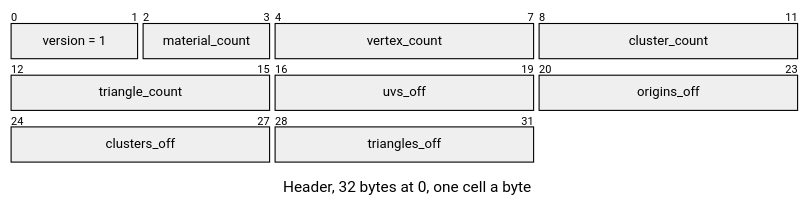
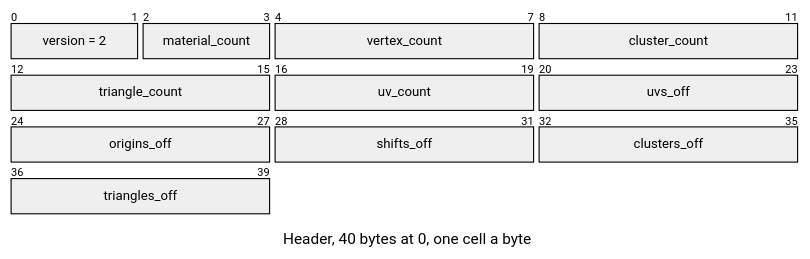
The diagram in docs/assets/formats/LUVS.md (jose-villegas/autana), drawn with Mermaid before and after one commit. The commit also changed other lines of this file and 7 other files, not shown here.

Commit message:
render: LUVS v2, up to two charts a cluster: a triangle off chart 0's material or plane draws on chart 1, its UVs after the vertices' for the clusters that have one; Bistro's textured area 66.0% -> 82.2% on host (k99g M1)

````diff
--- a/docs/assets/formats/LUVS.md
+++ b/docs/assets/formats/LUVS.md
@@ -15,20 +15,22 @@
 ```mermaid
 ---
 config:
-  themeCSS: "g:nth-of-type(2) rect:nth-of-type(1) { fill: #8fb3ee !important; } g:nth-of-type(2) rect:nth-of-type(2) { fill: #93d6b0 !important; } g:nth-of-type(2) rect:nth-of-type(3) { fill: #93d6b0 !important; } g:nth-of-type(2) rect:nth-of-type(4) { fill: #93d6b0 !important; } g:nth-of-type(3) rect:nth-of-type(1) { fill: #93d6b0 !important; } g:nth-of-type(3) rect:nth-of-type(2) { fill: #f4a885 !important; } g:nth-of-type(3) rect:nth-of-type(3) { fill: #f4a885 !important; } g:nth-of-type(4) rect:nth-of-type(1) { fill: #f4a885 !important; } g:nth-of-type(4) rect:nth-of-type(2) { fill: #f4a885 !important; } .packetLabel { fill: #1b1b1b !important; }"
+  themeCSS: "g:nth-of-type(2) rect:nth-of-type(1) { fill: #8fb3ee !important; } g:nth-of-type(2) rect:nth-of-type(2) { fill: #93d6b0 !important; } g:nth-of-type(2) rect:nth-of-type(3) { fill: #93d6b0 !important; } g:nth-of-type(2) rect:nth-of-type(4) { fill: #93d6b0 !important; } g:nth-of-type(3) rect:nth-of-type(1) { fill: #93d6b0 !important; } g:nth-of-type(3) rect:nth-of-type(2) { fill: #93d6b0 !important; } g:nth-of-type(3) rect:nth-of-type(3) { fill: #f4a885 !important; } g:nth-of-type(4) rect:nth-of-type(1) { fill: #f4a885 !important; } g:nth-of-type(4) rect:nth-of-type(2) { fill: #f4a885 !important; } g:nth-of-type(4) rect:nth-of-type(3) { fill: #f4a885 !important; } g:nth-of-type(5) rect:nth-of-type(1) { fill: #f4a885 !important; } .packetLabel { fill: #1b1b1b !important; }"
   packet:
     bitsPerRow: 12
     bitWidth: 60
 ---
 packet-beta
-title Header, 32 bytes at 0, one cell a byte
-0-1: "version = 1"
+title Header, 40 bytes at 0, one cell a byte
+0-1: "version = 2"
 2-3: "material_count"
 4-7: "vertex_count"
 8-11: "cluster_count"
 12-15: "triangle_count"
-16-19: "uvs_off"
-20-23: "origins_off"
-24-27: "clusters_off"
-28-31: "triangles_off"
+16-19: "uv_count"
+20-23: "uvs_off"
+24-27: "origins_off"
+28-31: "shifts_off"
+32-35: "clusters_off"
+36-39: "triangles_off"
 ```
````
